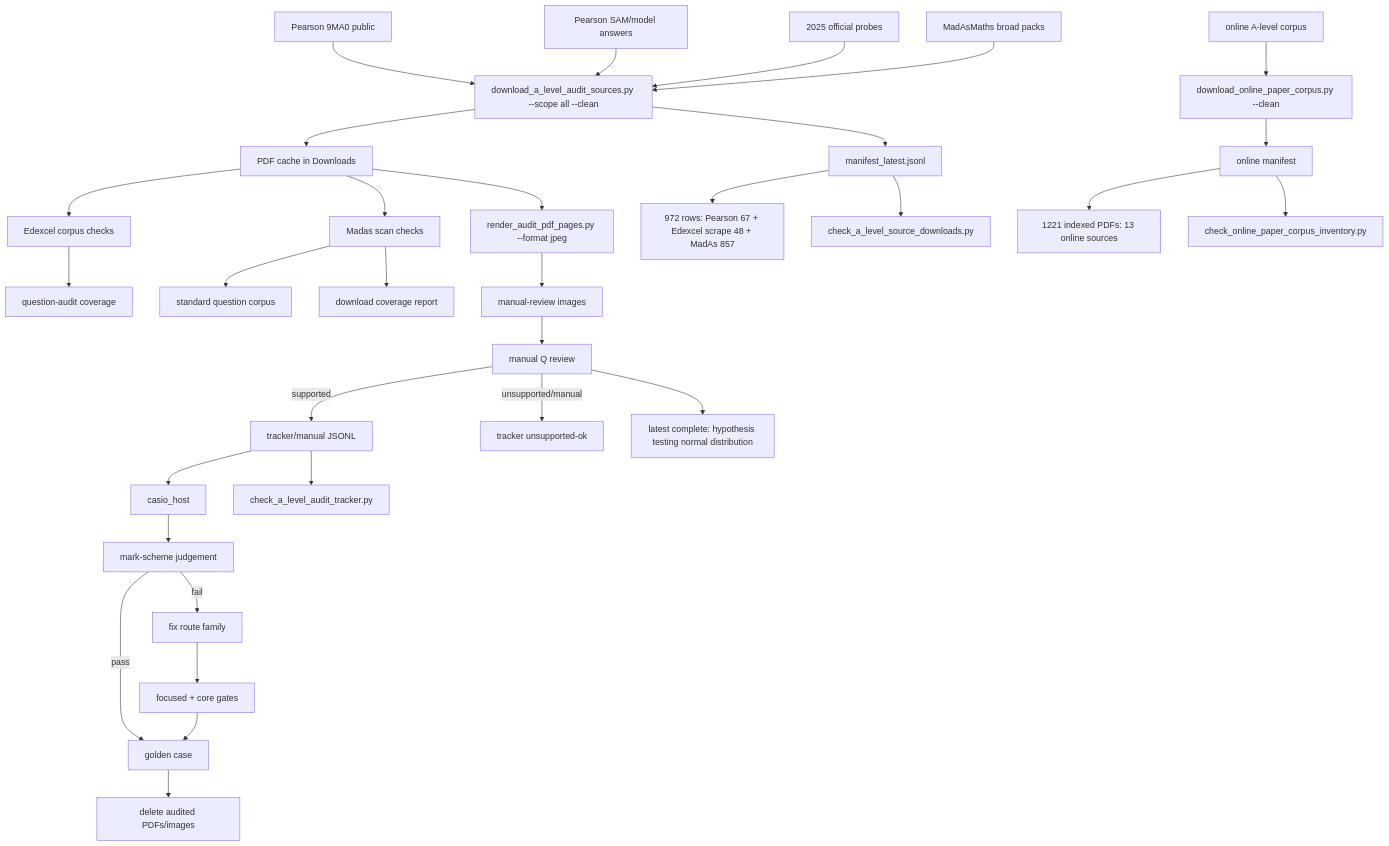
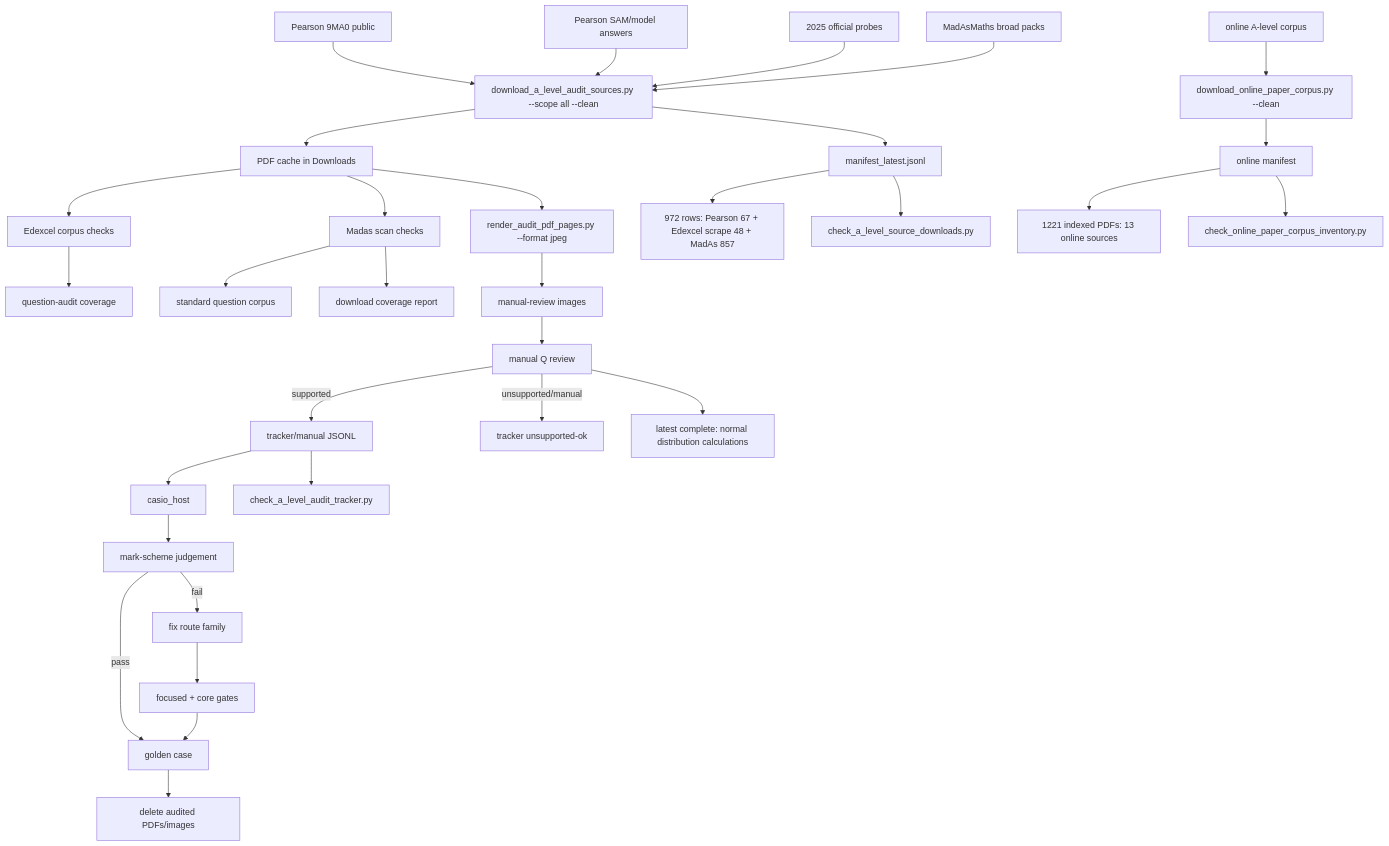
Before and after one commit to james8464/notes-addin-casio-fx-cg50: the diagram in c++/tools/golden/a_level_audit_graph.md, drawn with Mermaid. The commit also changed other lines of this file and 2 other files, not shown here.

Commit message:
Audit normal distribution calculations booklet

````diff
--- a/c++/tools/golden/a_level_audit_graph.md
+++ b/c++/tools/golden/a_level_audit_graph.md
@@ -3,34 +3,34 @@
 ```mermaid
 graph TD
   E1["Pearson 9MA0 public"] --> D["download_a_level_audit_sources.py --scope all --clean"]
   E2["Pearson SAM/model answers"] --> D
   E3["2025 official probes"] --> D
   M1["MadAsMaths broad packs"] --> D
   O1["online A-level corpus"] --> OD["download_online_paper_corpus.py --clean"]
   D --> P["PDF cache in Downloads"]
   D --> X["manifest_latest.jsonl"]
   OD --> OX["online manifest"]
   X --> XC["972 rows: Pearson 67 + Edexcel scrape 48 + MadAs 857"]
   OX --> OC["1221 indexed PDFs: 13 online sources"]
   X --> V["check_a_level_source_downloads.py"]
   OX --> OV["check_online_paper_corpus_inventory.py"]
   P --> E["Edexcel corpus checks"]
   E --> EQ["question-audit coverage"]
   P --> S["Madas scan checks"]
   S --> M["standard question corpus"]
   S --> MC["download coverage report"]
   P --> R["render_audit_pdf_pages.py --format jpeg"]
   R --> I["manual-review images"]
   I --> Q["manual Q review"]
   Q -->|supported| J["tracker/manual JSONL"]
   Q -->|unsupported/manual| U["tracker unsupported-ok"]
   J --> H["casio_host"]
   J --> K["check_a_level_audit_tracker.py"]
   H --> C["mark-scheme judgement"]
   C -->|pass| G["golden case"]
   C -->|fail| F["fix route family"]
   F --> T["focused + core gates"]
   T --> G
   G --> Z["delete audited PDFs/images"]
-  Q --> QHTNorm["latest complete: hypothesis testing normal distribution"]
+  Q --> QNormCalc["latest complete: normal distribution calculations"]
 ```
````
